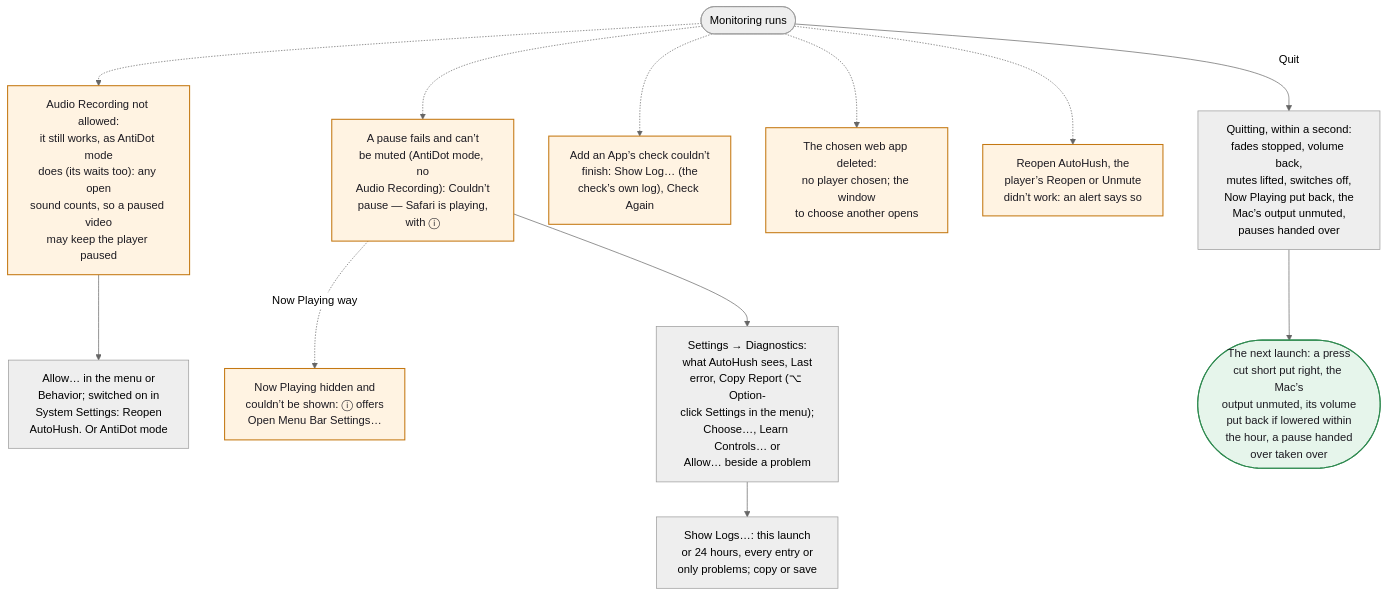
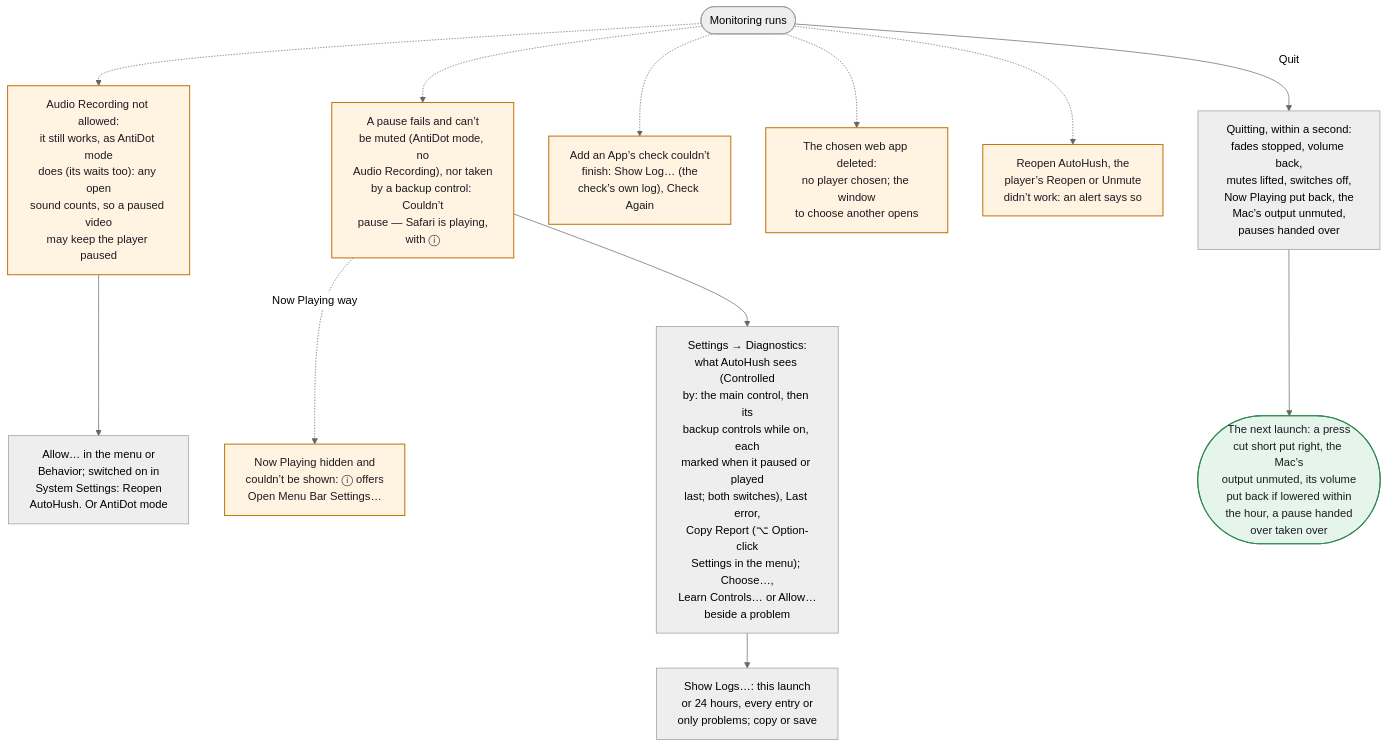
Diagram 14 of 14 in WORKFLOWS.md (hfustercabre/AutoHush), drawn with Mermaid (neutral theme) before and after one commit. The commit also changed other lines of this file and 6 other files, not shown here.

First line of the commit message:
docs: the docs and flowcharts describe every player's backup controls as built

````diff
--- a/WORKFLOWS.md
+++ b/WORKFLOWS.md
@@ -786,29 +786,29 @@
 ```mermaid
 flowchart TD
   R(["Monitoring runs"])
   AUD["Audio Recording not allowed:<br/>it still works, as AntiDot mode<br/>does (its waits too): any open<br/>sound counts, so a paused video<br/>may keep the player paused"]
   AUDF["Allow… in the menu or<br/>Behavior; switched on in<br/>System Settings: Reopen<br/>AutoHush. Or AntiDot mode"]
-  PF["A pause fails and can’t<br/>be muted (AntiDot mode, no<br/>Audio Recording): Couldn’t<br/>pause — Safari is playing,<br/>with ⓘ"]
+  PF["A pause fails and can’t<br/>be muted (AntiDot mode, no<br/>Audio Recording), nor taken<br/>by a backup control: Couldn’t<br/>pause — Safari is playing,<br/>with ⓘ"]
   NPH["Now Playing hidden and<br/>couldn’t be shown: ⓘ offers<br/>Open Menu Bar Settings…"]
-  DIAG["Settings → Diagnostics:<br/>what AutoHush sees, Last<br/>error, Copy Report (⌥ Option-<br/>click Settings in the menu);<br/>Choose…, Learn Controls… or<br/>Allow… beside a problem"]
+  DIAG["Settings → Diagnostics:<br/>what AutoHush sees (Controlled<br/>by: the main control, then its<br/>backup controls while on, each<br/>marked when it paused or played<br/>last; both switches), Last error,<br/>Copy Report (⌥ Option-click<br/>Settings in the menu); Choose…,<br/>Learn Controls… or Allow…<br/>beside a problem"]
   LOGS["Show Logs…: this launch<br/>or 24 hours, every entry or<br/>only problems; copy or save"]
   CHK["Add an App’s check couldn’t<br/>finish: Show Log… (the<br/>check’s own log), Check Again"]
   DEL["The chosen web app deleted:<br/>no player chosen; the window<br/>to choose another opens"]
   FAILS["Reopen AutoHush, the<br/>player’s Reopen or Unmute<br/>didn’t work: an alert says so"]
   QUIT["Quitting, within a second:<br/>fades stopped, volume back,<br/>mutes lifted, switches off,<br/>Now Playing put back, the<br/>Mac’s output unmuted,<br/>pauses handed over"]
   NEXT(["The next launch: a press<br/>cut short put right, the Mac’s<br/>output unmuted, its volume<br/>put back if lowered within<br/>the hour, a pause handed<br/>over taken over"])
 
   R -.-> AUD --> AUDF
   R -.-> PF
   PF -.->|"Now Playing way"| NPH
   PF --> DIAG --> LOGS
   R -.-> CHK
   R -.-> DEL
   R -.-> FAILS
   R -->|"Quit"| QUIT --> NEXT
 
   class AUD,PF,NPH,CHK,DEL,FAILS warn
   class NEXT done
   classDef warn fill:#fff3e2,stroke:#c47812,stroke-width:1.5px,color:#1d1b22
   classDef done fill:#e6f5eb,stroke:#2f8a50,stroke-width:1.5px,color:#1d1b22
 ```
````
